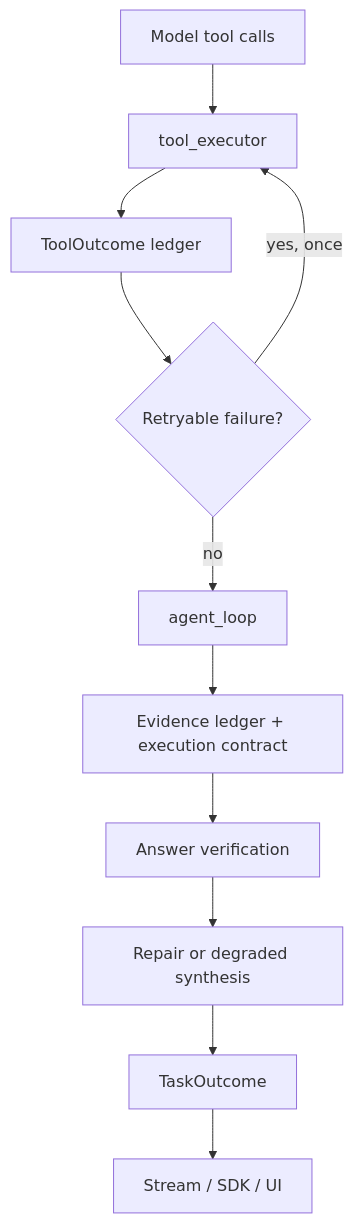
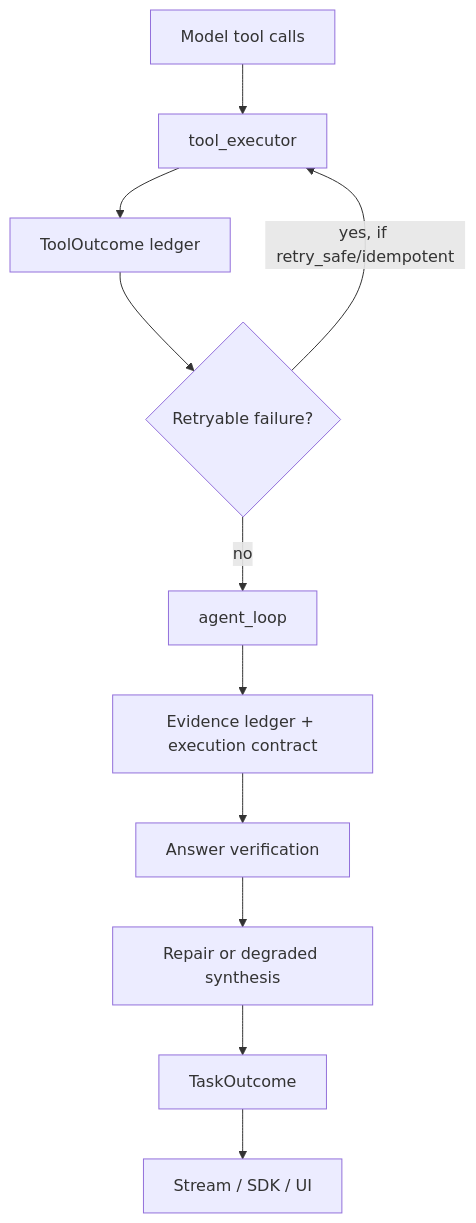
One commit to William-zgx/focus-agent changed the diagram in docs/runtime-outcomes.md. Above: the diagram before and after it, drawn with Mermaid. The commit also changed other lines of this file and 30 other files, not shown here.

````diff
--- a/docs/runtime-outcomes.md
+++ b/docs/runtime-outcomes.md
@@ -30,13 +33,13 @@
 ```mermaid
 flowchart TD
     Model["Model tool calls"] --> Exec["tool_executor"]
     Exec --> ToolOutcome["ToolOutcome ledger"]
     ToolOutcome --> Retry{"Retryable failure?"}
-    Retry -- "yes, once" --> Exec
+    Retry -- "yes, if retry_safe/idempotent" --> Exec
     Retry -- "no" --> Loop["agent_loop"]
     Loop --> Evidence["Evidence ledger + execution contract"]
     Evidence --> Verify["Answer verification"]
     Verify --> Repair["Repair or degraded synthesis"]
     Repair --> TaskOutcome["TaskOutcome"]
     TaskOutcome --> Stream["Stream / SDK / UI"]
 ```
````
